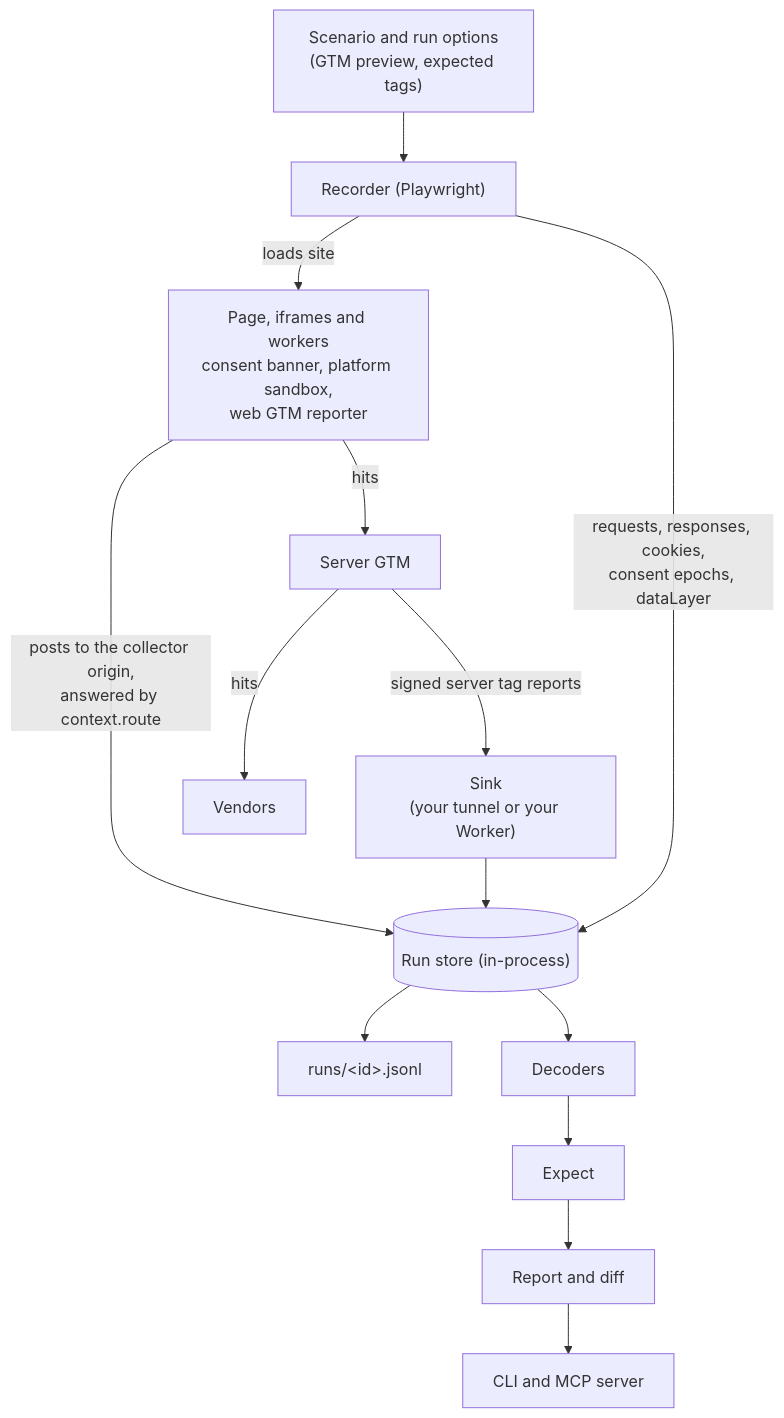
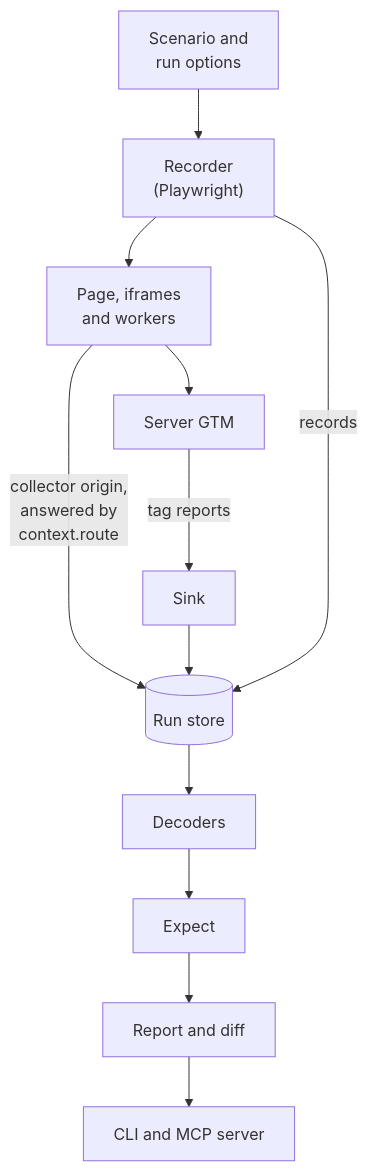
Before and after one commit to alfhen/pingwright: the diagram in docs/design.md, drawn with Mermaid. The commit also changed 6 other files, not shown here.

Commit message:
Docs diagrams: fit a 390 px screen without sideways scrolling

````diff
--- a/docs/design.md
+++ b/docs/design.md
@@ -40,14 +40,14 @@
 ```mermaid
 flowchart TB
-  input["Scenario and run options<br/>(GTM preview, expected tags)"] --> recorder["Recorder (Playwright)"]
-  recorder -->|loads site| page["Page, iframes and workers<br/>consent banner, platform sandbox,<br/>web GTM reporter"]
-  recorder -->|"requests, responses, cookies,<br/>consent epochs, dataLayer"| store[("Run store (in-process)")]
-  page -->|"posts to the collector origin,<br/>answered by context.route"| store
-  page -->|hits| sgtm["Server GTM"]
-  sgtm -->|hits| vendors["Vendors"]
-  sgtm -->|signed server tag reports| sink["Sink<br/>(your tunnel or your Worker)"]
+  input["Scenario and<br/>run options"] --> recorder["Recorder<br/>(Playwright)"]
+  recorder --> page["Page, iframes<br/>and workers"]
+  page -->|"collector origin,<br/>answered by<br/>context.route"| store[("Run store")]
+  recorder -->|records| store
+  page --> sgtm["Server GTM"]
+  sgtm -->|"tag reports"| sink["Sink"]
   sink --> store
-  store --> jsonl["runs/&lt;id&gt;.jsonl"]
-  store --> decoders["Decoders"] --> expect["Expect"] --> report["Report and diff"]
+  store --> decoders["Decoders"]
+  decoders --> expect["Expect"]
+  expect --> report["Report and diff"]
   report --> front["CLI and MCP server"]
 ```
````
